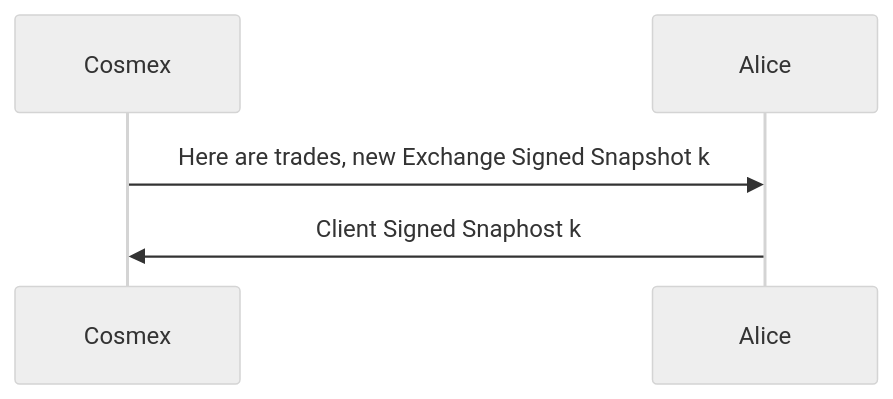
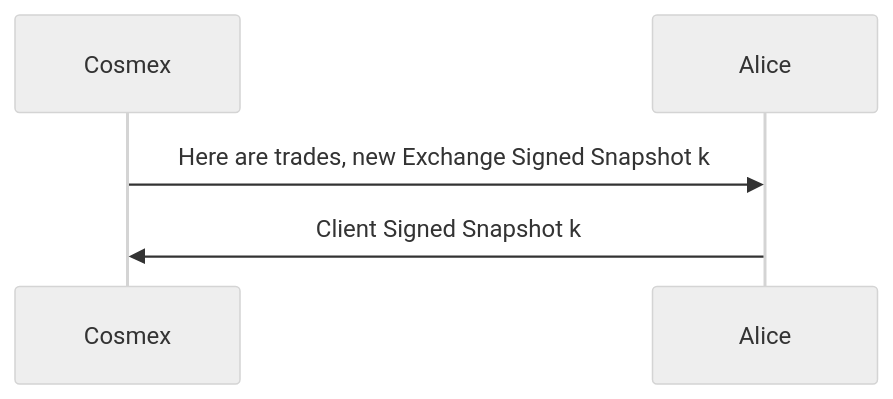
One commit to lantr-io/cosmex changed the sixth of 11 diagrams in docs/Whitepaper.md. Above: the diagram before and after it, drawn with Mermaid (neutral theme). The commit also changed other lines of this file and 1 other file, not shown here.

````diff
--- a/docs/Whitepaper.md
+++ b/docs/Whitepaper.md
@@ -206,5 +206,5 @@
 ```mermaid
 sequenceDiagram
     Cosmex->>Alice: Here are trades, new Exchange Signed Snapshot k
-    Alice->>Cosmex: Client Signed Snaphost k
+    Alice->>Cosmex: Client Signed Snapshot k
 ```
````
